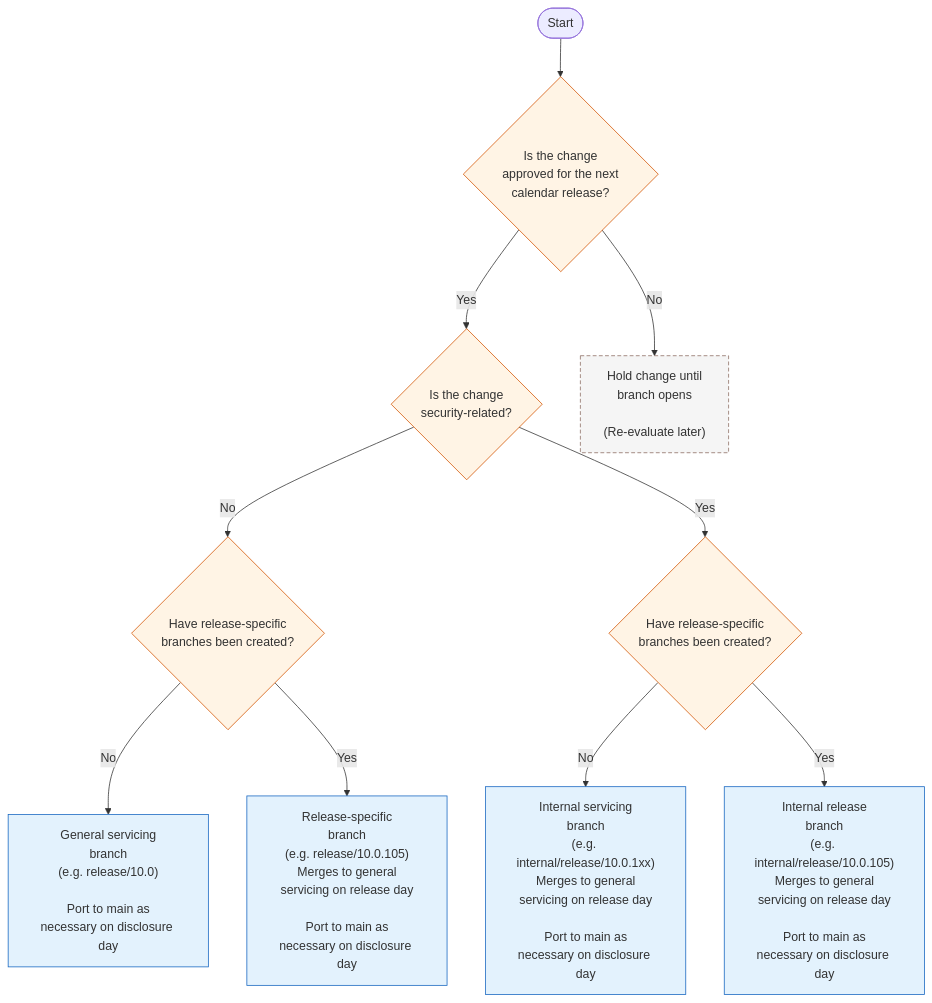
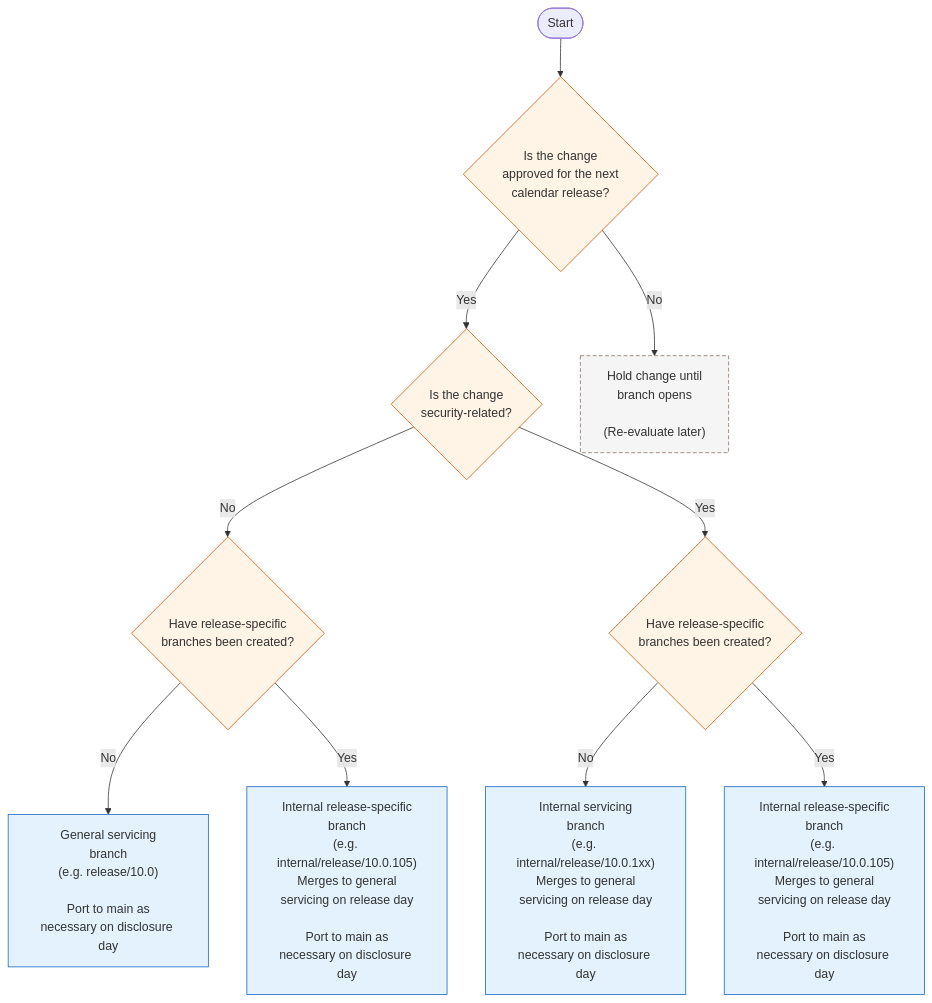
Before and after one commit to dotnet/dotnet: the third of 3 diagrams in docs/VMR-Change-Target-Guide.md, drawn with Mermaid. The commit also changed other lines of this file and 1 other file, not shown here.

Commit message:
Clarify servicing workflow: use internal release-specific branches for all changes (#4977)

````diff
--- a/docs/VMR-Change-Target-Guide.md
+++ b/docs/VMR-Change-Target-Guide.md
@@ -128,35 +128,35 @@
 ```mermaid
 flowchart TD
     classDef decision fill:#fff4e5,stroke:#d35400,stroke-width:1px;
     classDef action fill:#e3f2fd,stroke:#1565c0,stroke-width:1px;
     classDef wait fill:#f5f5f5,stroke:#8d6e63,stroke-dasharray:5 3;
 
     start([Start])
     approved{Is the change<br/>approved for the next<br/>calendar release?}
     security{Is the change<br/>security-related?}
     releaseCutNonSec{Have release-specific<br/>branches been created?}
     releaseCutSec{Have release-specific<br/>branches been created?}
 
     generalServicing["General servicing<br/>branch<br/>(e.g. release/10.0)<br/><br/>Port to main as<br/>necessary on disclosure day"]
-    releaseSpecific["Release-specific<br/>branch<br/>(e.g. release/10.0.105)<br/>Merges to general<br/>servicing on release day<br/><br/>Port to main as<br/>necessary on disclosure day"]
-    internalSpecific["Internal release<br/>branch<br/>(e.g. internal/release/10.0.105)<br/>Merges to general<br/>servicing on release day<br/><br/>Port to main as<br/>necessary on disclosure day"]
+    internalSpecificNonSec["Internal release-specific<br/>branch<br/>(e.g. internal/release/10.0.105)<br/>Merges to general<br/>servicing on release day<br/><br/>Port to main as<br/>necessary on disclosure day"]
+    internalSpecific["Internal release-specific<br/>branch<br/>(e.g. internal/release/10.0.105)<br/>Merges to general<br/>servicing on release day<br/><br/>Port to main as<br/>necessary on disclosure day"]
     internalGeneral["Internal servicing<br/>branch<br/>(e.g. internal/release/10.0.1xx)<br/>Merges to general<br/>servicing on release day<br/><br/>Port to main as<br/>necessary on disclosure day"]
     holdChange["Hold change until<br/>branch opens<br/><br/>(Re-evaluate later)"]
 
     start --> approved
     approved -- "No" --> holdChange
     approved -- "Yes" --> security
 
     security -- "No" --> releaseCutNonSec
     security -- "Yes" --> releaseCutSec
 
     releaseCutNonSec -- "No" --> generalServicing
-    releaseCutNonSec -- "Yes" --> releaseSpecific
+    releaseCutNonSec -- "Yes" --> internalSpecificNonSec
 
     releaseCutSec -- "No" --> internalGeneral
     releaseCutSec -- "Yes" --> internalSpecific
 
     class approved,security,releaseCutNonSec,releaseCutSec decision;
-    class generalServicing,releaseSpecific,internalSpecific,internalGeneral action;
+    class generalServicing,internalSpecificNonSec,internalSpecific,internalGeneral action;
     class holdChange wait;
 ```
````
